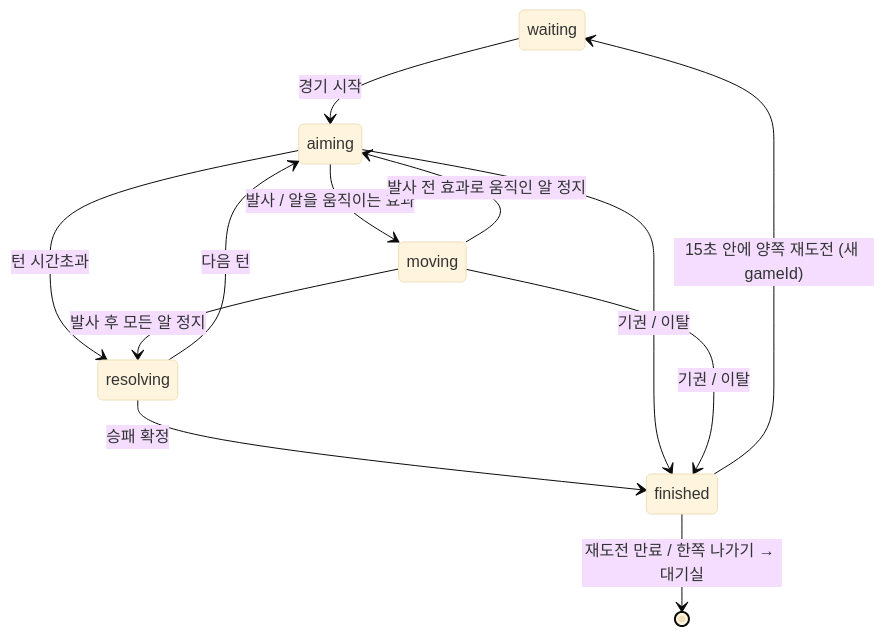
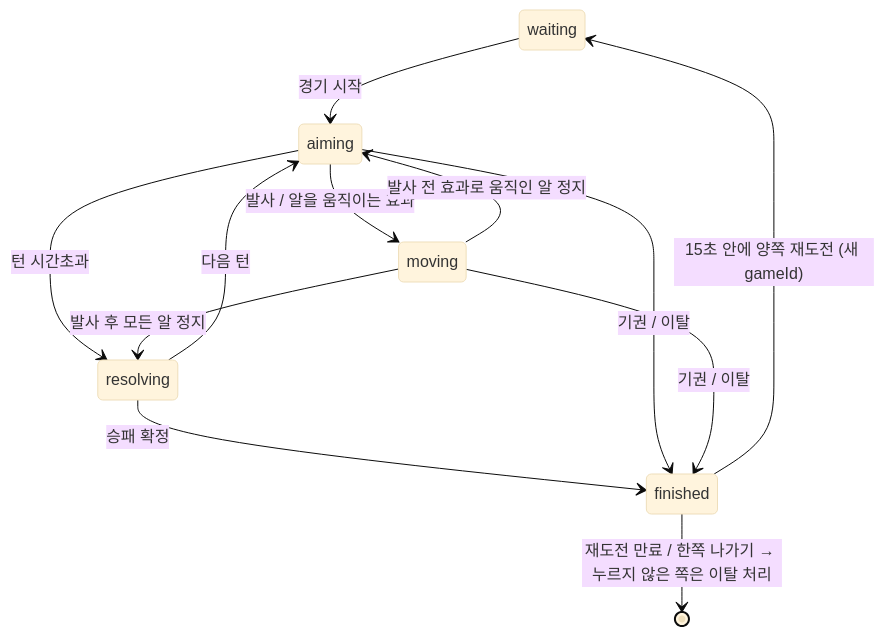
The diagram in docs/design/GAME.md (moguab2808-commits/mini-project-1-1), drawn with Mermaid (base theme) before and after one commit. The commit also changed other lines of this file and 23 other files, not shown here.

````diff
--- a/docs/design/GAME.md
+++ b/docs/design/GAME.md
@@ -102,14 +102,14 @@
 ```mermaid
 stateDiagram-v2
     waiting --> aiming: 경기 시작
     aiming --> moving: 발사 / 알을 움직이는 효과
     aiming --> resolving: 턴 시간초과
     moving --> resolving: 발사 후 모든 알 정지
     moving --> aiming: 발사 전 효과로 움직인 알 정지
     resolving --> aiming: 다음 턴
     resolving --> finished: 승패 확정
     aiming --> finished: 기권 / 이탈
     moving --> finished: 기권 / 이탈
     finished --> waiting: 15초 안에 양쪽 재도전 (새 gameId)
-    finished --> [*]: 재도전 만료 / 한쪽 나가기 → 대기실
+    finished --> [*]: 재도전 만료 / 한쪽 나가기 → 누르지 않은 쪽은 이탈 처리
 ```
````
